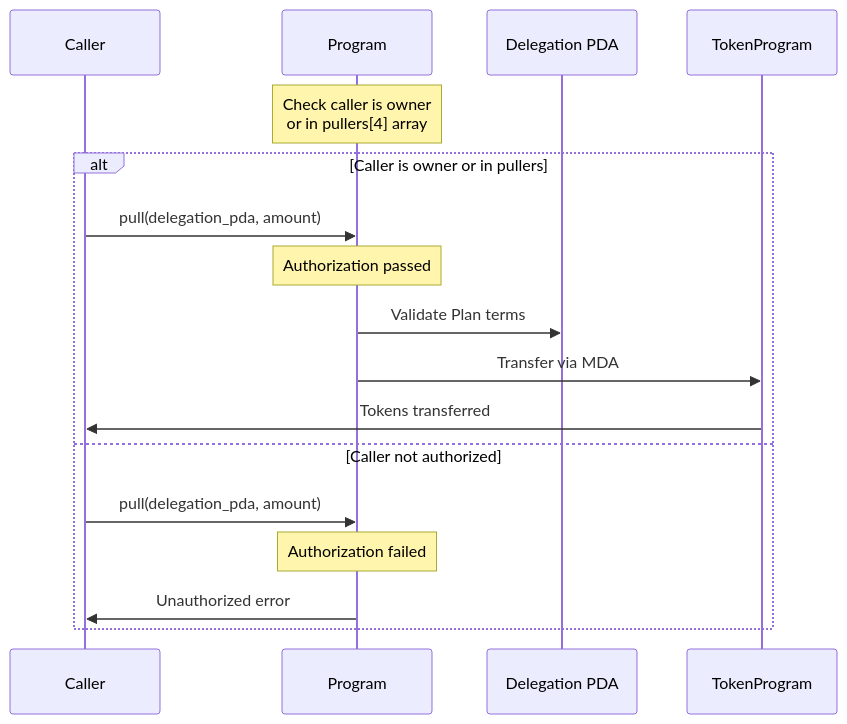
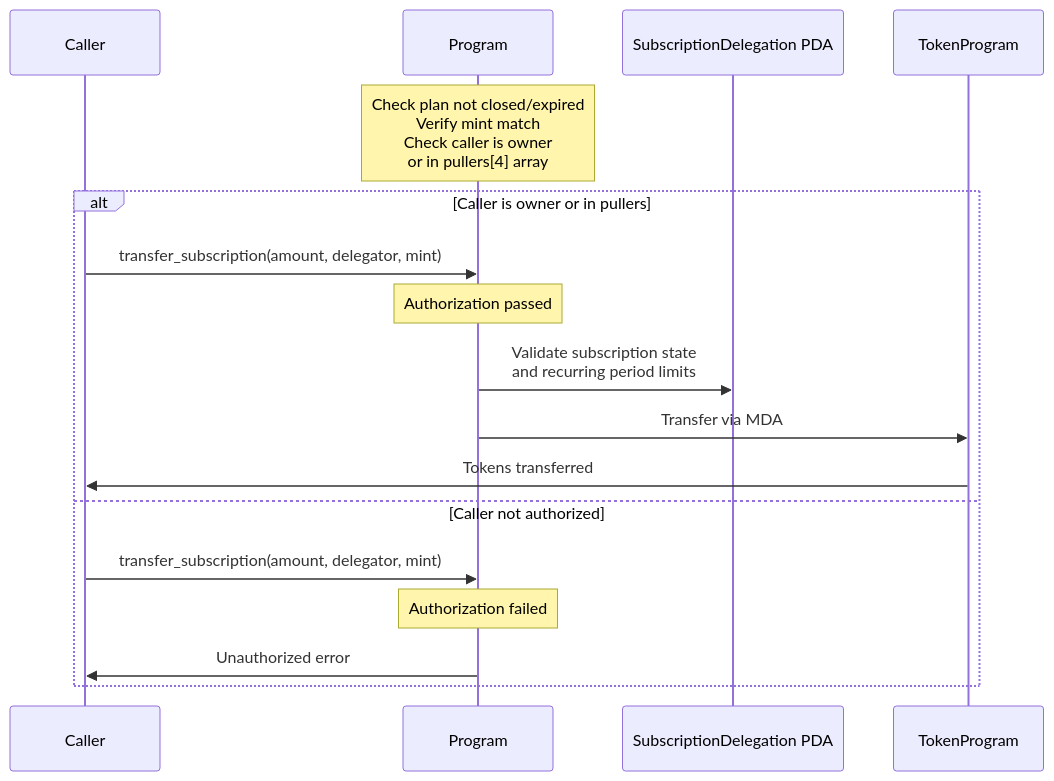
The fourth of 6 diagrams in docs/002-subscriptions-architecture.md (solana-program/multi-delegator), drawn with Mermaid before and after one commit. The commit also changed other lines of this file and 8 other files, not shown here.

````diff
--- a/docs/002-subscriptions-architecture.md
+++ b/docs/002-subscriptions-architecture.md
@@ -421,21 +444,21 @@
 ```mermaid
 sequenceDiagram
     participant X as Caller
     participant P as Program
-    participant DA as Delegation PDA
+    participant SD as SubscriptionDelegation PDA
     participant T as TokenProgram
 
-    Note over P: Check caller is owner<br/>or in pullers[4] array
+    Note over P: Check plan not closed/expired<br/>Verify mint match<br/>Check caller is owner<br/>or in pullers[4] array
 
     alt Caller is owner or in pullers
-        X->>P: pull(delegation_pda, amount)
+        X->>P: transfer_subscription(amount, delegator, mint)
         Note over P: Authorization passed
-        P->>DA: Validate Plan terms
+        P->>SD: Validate subscription state<br/>and recurring period limits
         P->>T: Transfer via MDA
         T->>X: Tokens transferred
     else Caller not authorized
-        X->>P: pull(delegation_pda, amount)
+        X->>P: transfer_subscription(amount, delegator, mint)
         Note over P: Authorization failed
         P->>X: Unauthorized error
     end
 ```
````
